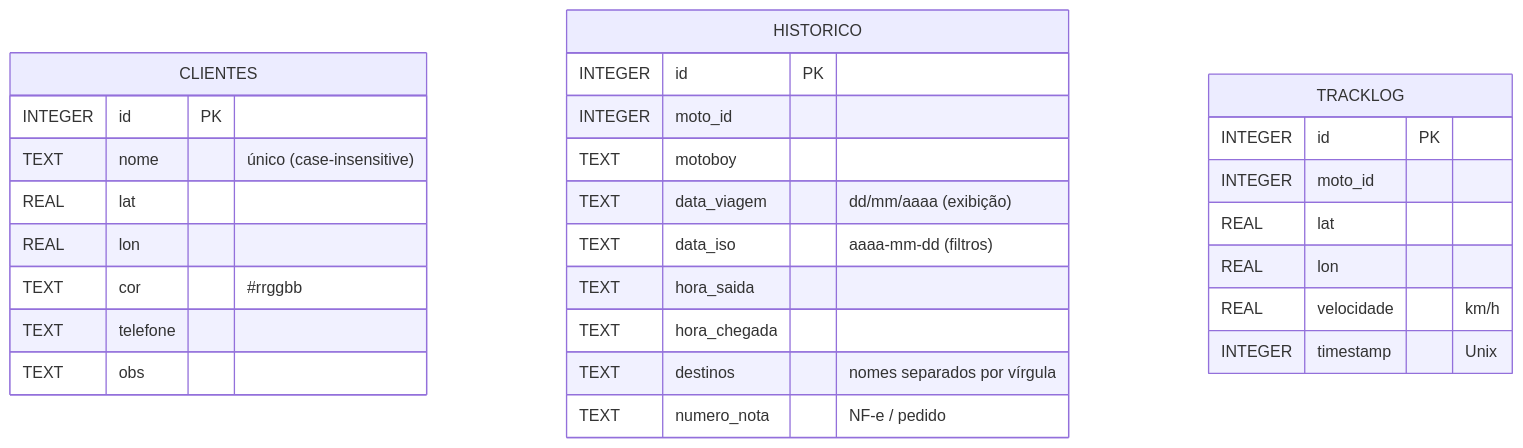
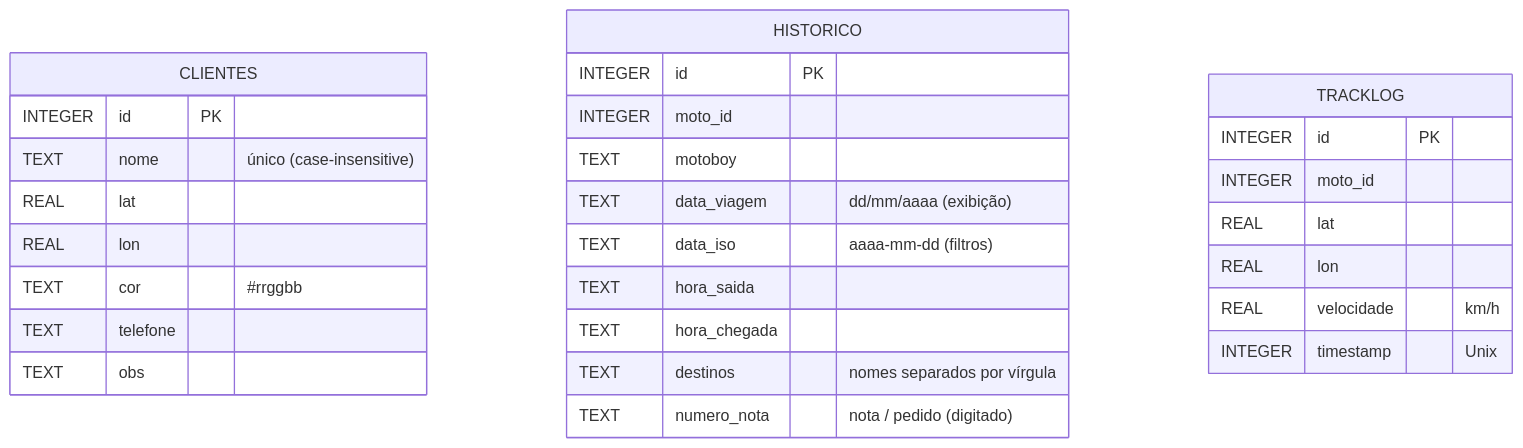
One commit to AndreeSpecht/rastreamento-motoboys-galvitech changed the diagram in docs/banco-de-dados.md. Above: the diagram before and after it, drawn with Mermaid. The commit also changed 14 other files, not shown here.

````diff
--- a/docs/banco-de-dados.md
+++ b/docs/banco-de-dados.md
@@ -5,31 +5,31 @@
 ```mermaid
 erDiagram
     CLIENTES {
         INTEGER id PK
         TEXT nome "único (case-insensitive)"
         REAL lat
         REAL lon
         TEXT cor "#rrggbb"
         TEXT telefone
         TEXT obs
     }
     HISTORICO {
         INTEGER id PK
         INTEGER moto_id
         TEXT motoboy
         TEXT data_viagem "dd/mm/aaaa (exibição)"
         TEXT data_iso "aaaa-mm-dd (filtros)"
         TEXT hora_saida
         TEXT hora_chegada
         TEXT destinos "nomes separados por vírgula"
-        TEXT numero_nota "NF-e / pedido"
+        TEXT numero_nota "nota / pedido (digitado)"
     }
     TRACKLOG {
         INTEGER id PK
         INTEGER moto_id
         REAL lat
         REAL lon
         REAL velocidade "km/h"
         INTEGER timestamp "Unix"
     }
 ```
````
